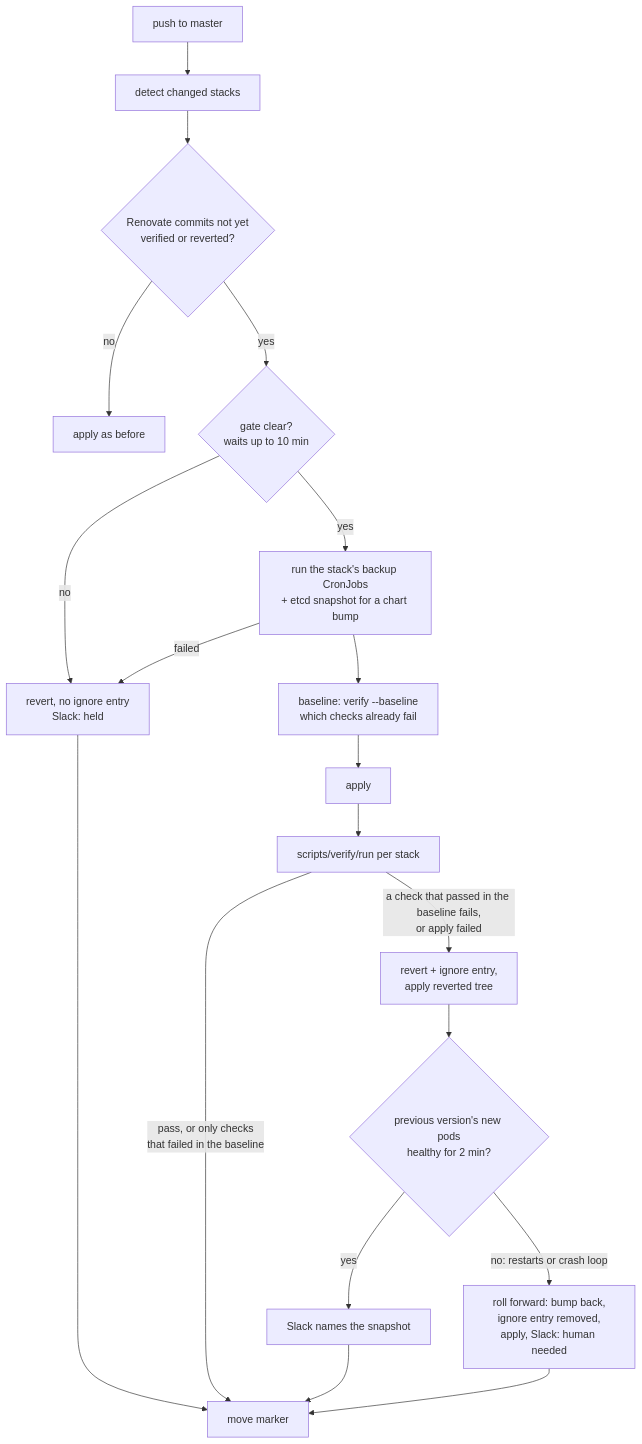
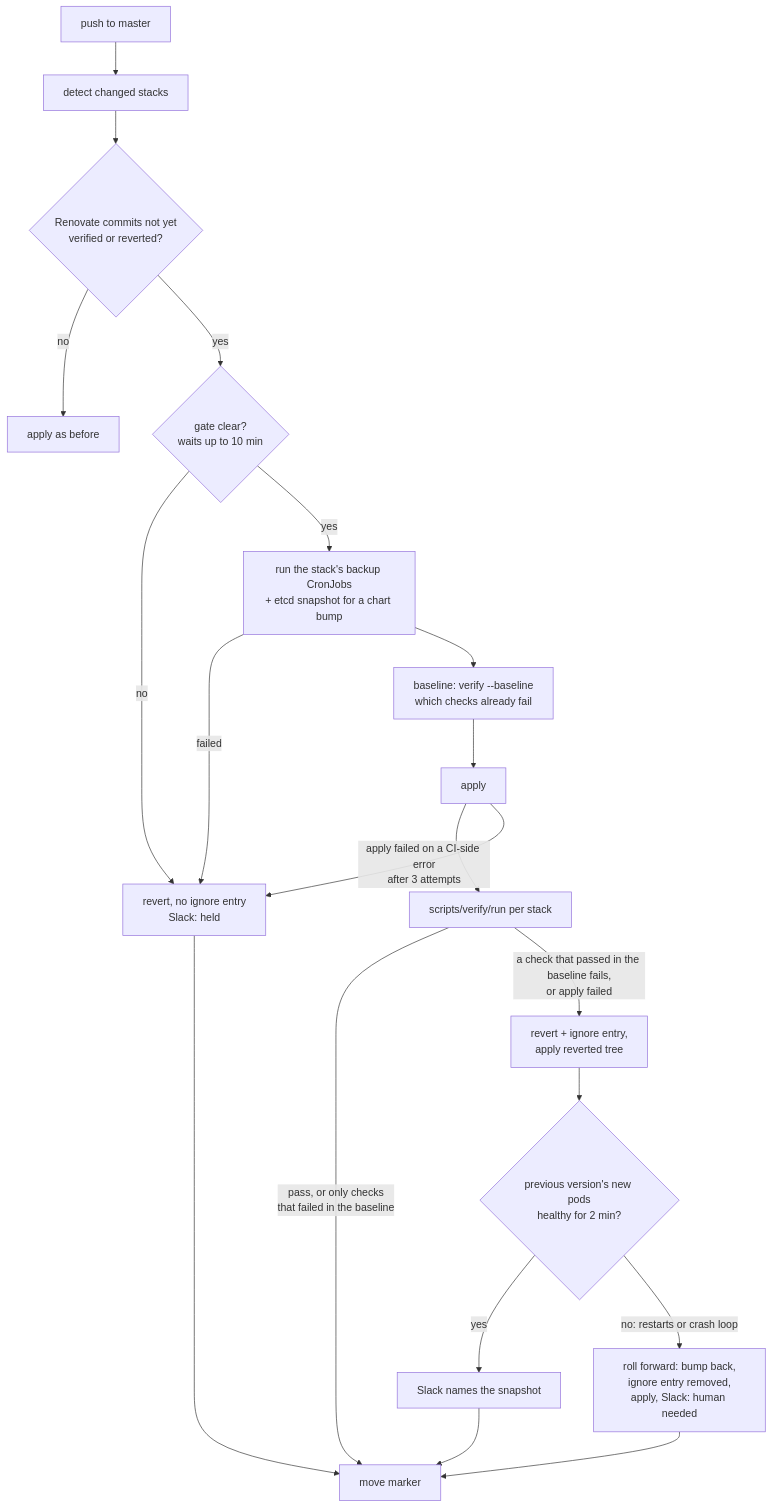
One commit to ViktorBarzin/infra changed the diagram in docs/runbooks/renovate.md. Above: the diagram before and after it, drawn with Mermaid. The commit also changed other lines of this file and 3 other files, not shown here.

First line of the commit message:
renovate rails: hold, not ignore, a bump whose apply failed on a CI-side error

````diff
--- a/docs/runbooks/renovate.md
+++ b/docs/runbooks/renovate.md
@@ -40,21 +40,22 @@
 ```mermaid
 flowchart TD
   P[push to master] --> D[detect changed stacks]
   D --> R{Renovate commits not yet<br/>verified or reverted?}
   R -->|no| A[apply as before]
   R -->|yes| G{gate clear?<br/>waits up to 10 min}
   G -->|no| H[revert, no ignore entry<br/>Slack: held]
   G -->|yes| S[run the stack's backup CronJobs<br/>+ etcd snapshot for a chart bump]
   S -->|failed| H
   S --> B[baseline: verify --baseline<br/>which checks already fail]
   B --> A2[apply]
   A2 --> V[scripts/verify/run per stack]
   V -->|pass, or only checks<br/>that failed in the baseline| M[move marker]
+  A2 -->|apply failed on a CI-side error<br/>after 3 attempts| H
   V -->|a check that passed in the baseline fails,<br/>or apply failed| F[revert + ignore entry,<br/>apply reverted tree]
   F --> W{previous version's new pods<br/>healthy for 2 min?}
   W -->|yes| FS[Slack names the snapshot]
   W -->|no: restarts or crash loop| RF[roll forward: bump back,<br/>ignore entry removed,<br/>apply, Slack: human needed]
   FS --> M
   RF --> M
   H --> M
 ```
````
